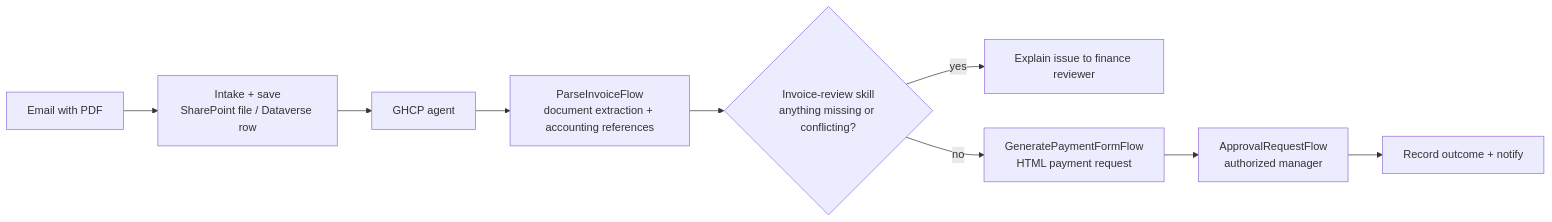
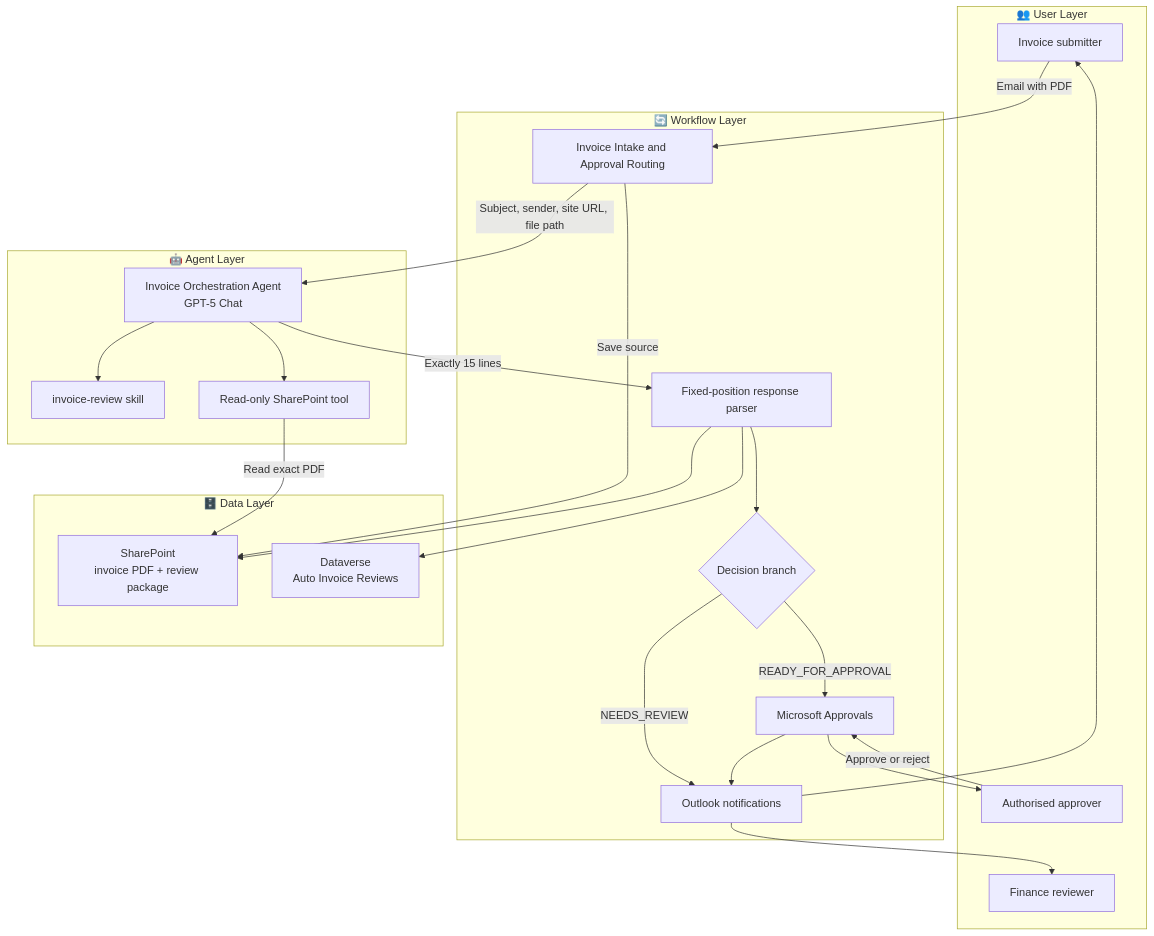
The first of 2 diagrams in 01-scenarios/Autonomous-Invoice-Orchestration-Agent-GHCP/2.Architecture.md (AlphaBalzer/ai-agent-runbooks), drawn with Mermaid before and after one commit. The commit also changed other lines of this file and 10 other files, not shown here.

Commit message:
Document tested GHCP invoice orchestration

````diff
--- a/01-scenarios/Autonomous-Invoice-Orchestration-Agent-GHCP/2.Architecture.md
+++ b/01-scenarios/Autonomous-Invoice-Orchestration-Agent-GHCP/2.Architecture.md
@@ -10,11 +18,45 @@
 ```mermaid
-flowchart LR
-    A["Email with PDF"] --> B["Intake + save<br/>SharePoint file / Dataverse row"]
-    B --> C["GHCP agent"]
-    C --> D["ParseInvoiceFlow<br/>document extraction + accounting references"]
-    D --> E{"Invoice-review skill<br/>anything missing or conflicting?"}
-    E -->|yes| F["Explain issue to finance reviewer"]
-    E -->|no| G["GeneratePaymentFormFlow<br/>HTML payment request"]
-    G --> H["ApprovalRequestFlow<br/>authorized manager"]
-    H --> I["Record outcome + notify"]
+flowchart TB
+    subgraph Users["👥 User Layer"]
+        S["Invoice submitter"]
+        F["Finance reviewer"]
+        A["Authorised approver"]
+    end
+
+    subgraph Workflow["🔄 Workflow Layer"]
+        W["Invoice Intake and Approval Routing"]
+        P["Fixed-position response parser"]
+        B{"Decision branch"}
+        AP["Microsoft Approvals"]
+        N["Outlook notifications"]
+    end
+
+    subgraph Agent["🤖 Agent Layer"]
+        G["Invoice Orchestration Agent<br/>GPT-5 Chat"]
+        K["invoice-review skill"]
+        T["Read-only SharePoint tool"]
+    end
+
+    subgraph Data["🗄️ Data Layer"]
+        SP["SharePoint<br/>invoice PDF + review package"]
+        DV["Dataverse<br/>Auto Invoice Reviews"]
+    end
+
+    S -->|Email with PDF| W
+    W -->|Save source| SP
+    W -->|Subject, sender, site URL, file path| G
+    G --> K
+    G --> T
+    T -->|Read exact PDF| SP
+    G -->|Exactly 15 lines| P
+    P --> SP
+    P --> DV
+    P --> B
+    B -->|NEEDS_REVIEW| N
+    N --> F
+    B -->|READY_FOR_APPROVAL| AP
+    AP --> A
+    A -->|Approve or reject| AP
+    AP --> N
+    N --> S
 ```
````
